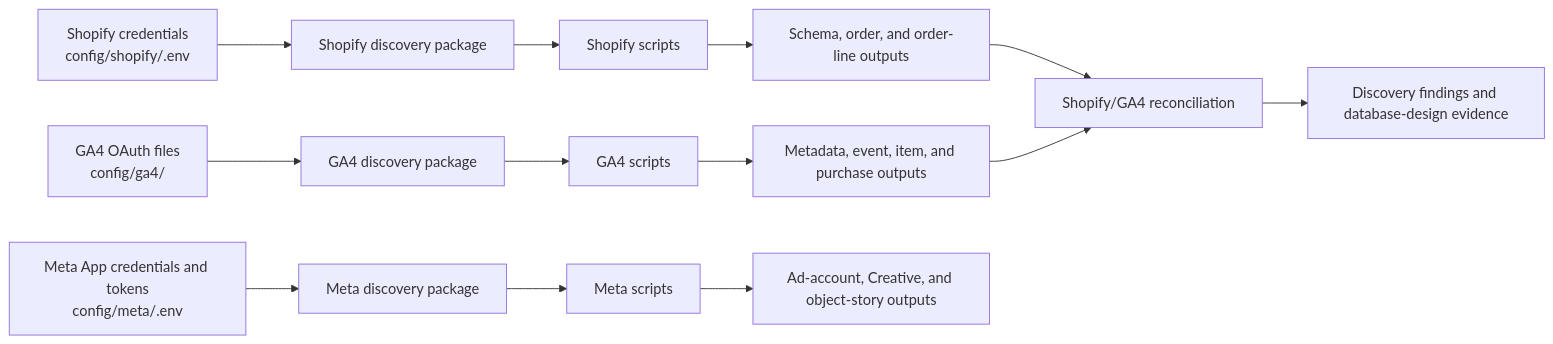
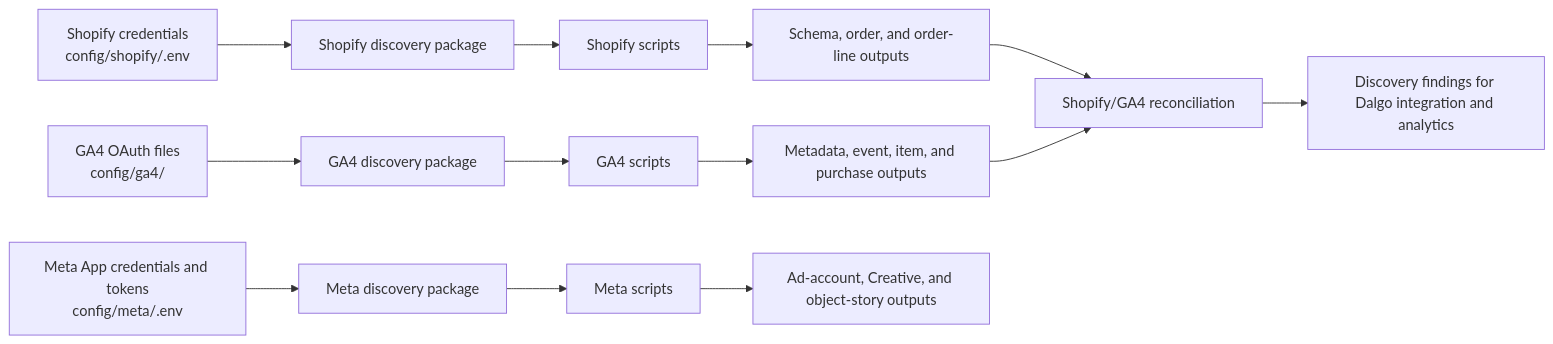
Before and after one commit to Mon711/product-intelligence-discovery: the diagram in README.md, drawn with Mermaid. The commit also changed other lines of this file and 2 other files, not shown here.

Commit message:
docs: clarify Dalgo and Creatnet responsibilities

````diff
--- a/README.md
+++ b/README.md
@@ -145,15 +152,15 @@
 ```mermaid
 flowchart LR
     SC["Shopify credentials<br/>config/shopify/.env"] --> SP["Shopify discovery package"]
     GC["GA4 OAuth files<br/>config/ga4/"] --> GP["GA4 discovery package"]
     MC["Meta App credentials and tokens<br/>config/meta/.env"] --> MP["Meta discovery package"]
     SP --> SS["Shopify scripts"]
     GP --> GS["GA4 scripts"]
     MP --> MS["Meta scripts"]
     SS --> SO["Schema, order, and order-line outputs"]
     GS --> GO["Metadata, event, item, and purchase outputs"]
     MS --> MO["Ad-account, Creative, and object-story outputs"]
     SO --> R["Shopify/GA4 reconciliation"]
     GO --> R
-    R --> E["Discovery findings and database-design evidence"]
+    R --> E["Discovery findings for Dalgo integration and analytics"]
 ```
````
